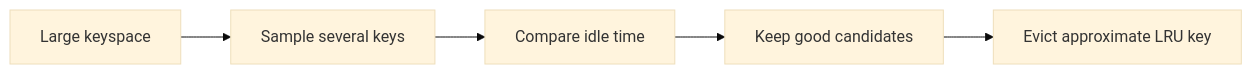
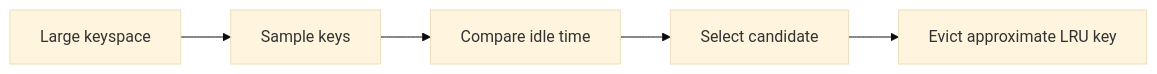
Before and after one commit to AvadhBhalodiya/Interview-Preparation: the fifth of 9 diagrams in src/content/caching/ttl-eviction-policies.md, drawn with Mermaid (base theme). The commit also changed other lines of this file and 54 other files, not shown here.

````diff
--- a/src/content/caching/ttl-eviction-policies.md
+++ b/src/content/caching/ttl-eviction-policies.md
@@ -641,7 +381,7 @@
 ```mermaid
 flowchart LR
-    A[Large keyspace] --> B[Sample several keys]
+    A[Large keyspace] --> B[Sample keys]
     B --> C[Compare idle time]
-    C --> D[Keep good candidates]
+    C --> D[Select candidate]
     D --> E[Evict approximate LRU key]
 ```
````
